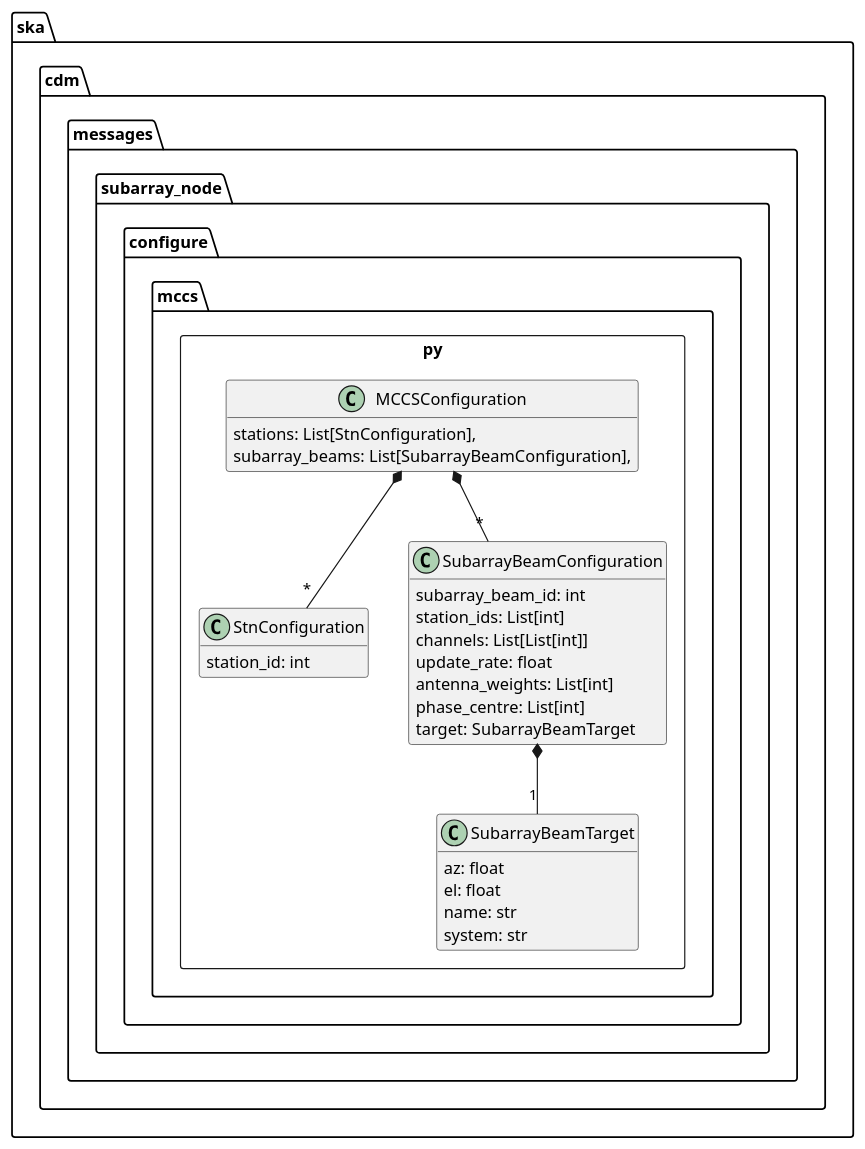
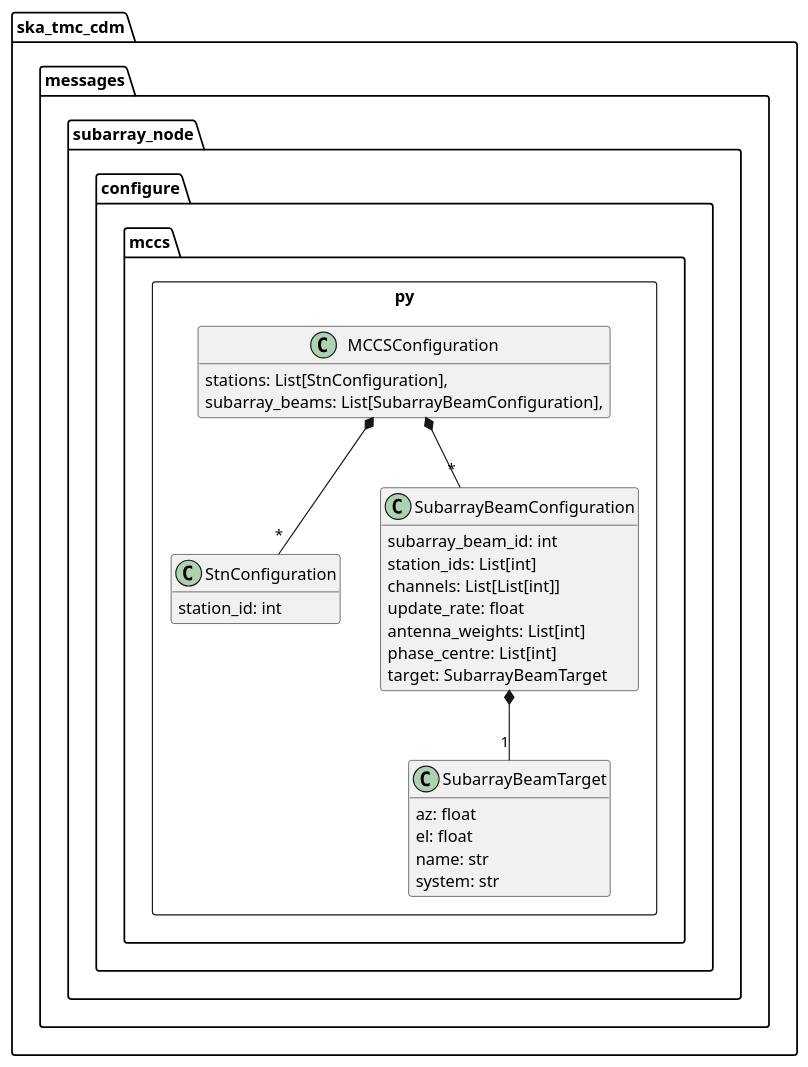
The diagram in docs/src/developer/subarraynode/mccs.puml (ska-telescope/cdm-shared-library), drawn with PlantUML before and after one commit. The commit also changed 231 other files, not shown here.

Commit message:
AT2-8865: Rename ska.cdm module to ska_tmc_cdm

```diff
--- a/docs/src/developer/subarraynode/mccs.puml
+++ b/docs/src/developer/subarraynode/mccs.puml
@@ -1,38 +1,38 @@
 @startuml
 hide empty members
 
-package ska.cdm.messages.subarray_node.configure {
+package ska_tmc_cdm.messages.subarray_node.configure {
     package mccs.py <<Rectangle>> {
 
         class StnConfiguration {
             station_id: int
         }
 
         class SubarrayBeamConfiguration {
             subarray_beam_id: int
             station_ids: List[int]
             channels: List[List[int]]
             update_rate: float
             antenna_weights: List[int]
             phase_centre: List[int]
             target: SubarrayBeamTarget
         }
 
         class SubarrayBeamTarget {
              az: float
              el: float
              name: str
              system: str
           }
         SubarrayBeamConfiguration *-- "1" SubarrayBeamTarget
 
         class MCCSConfiguration {
             stations: List[StnConfiguration],
             subarray_beams: List[SubarrayBeamConfiguration],
         }
         MCCSConfiguration *-- "*" StnConfiguration
         MCCSConfiguration *-- "*" SubarrayBeamConfiguration
     }
 }
 
 @enduml
```
